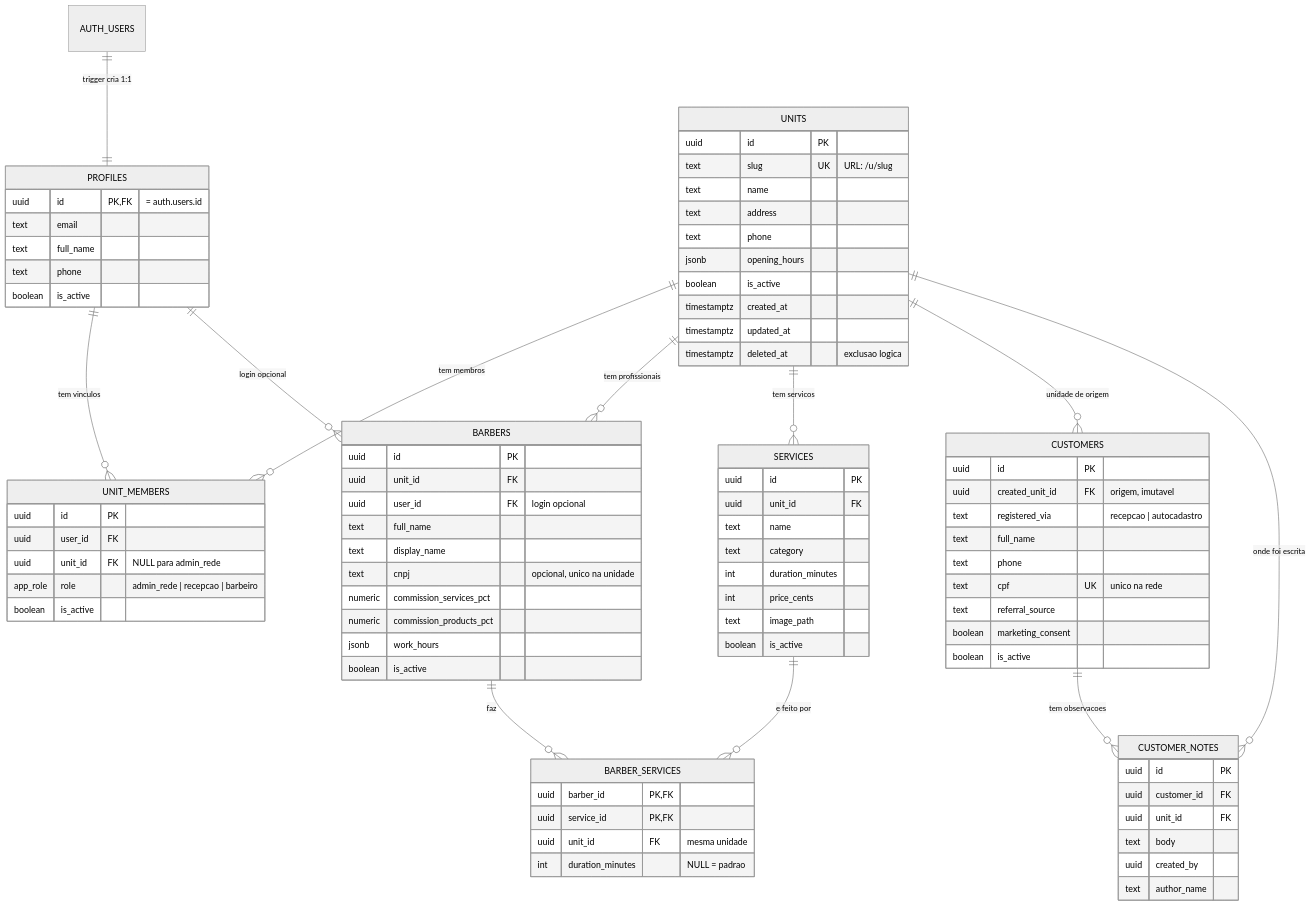
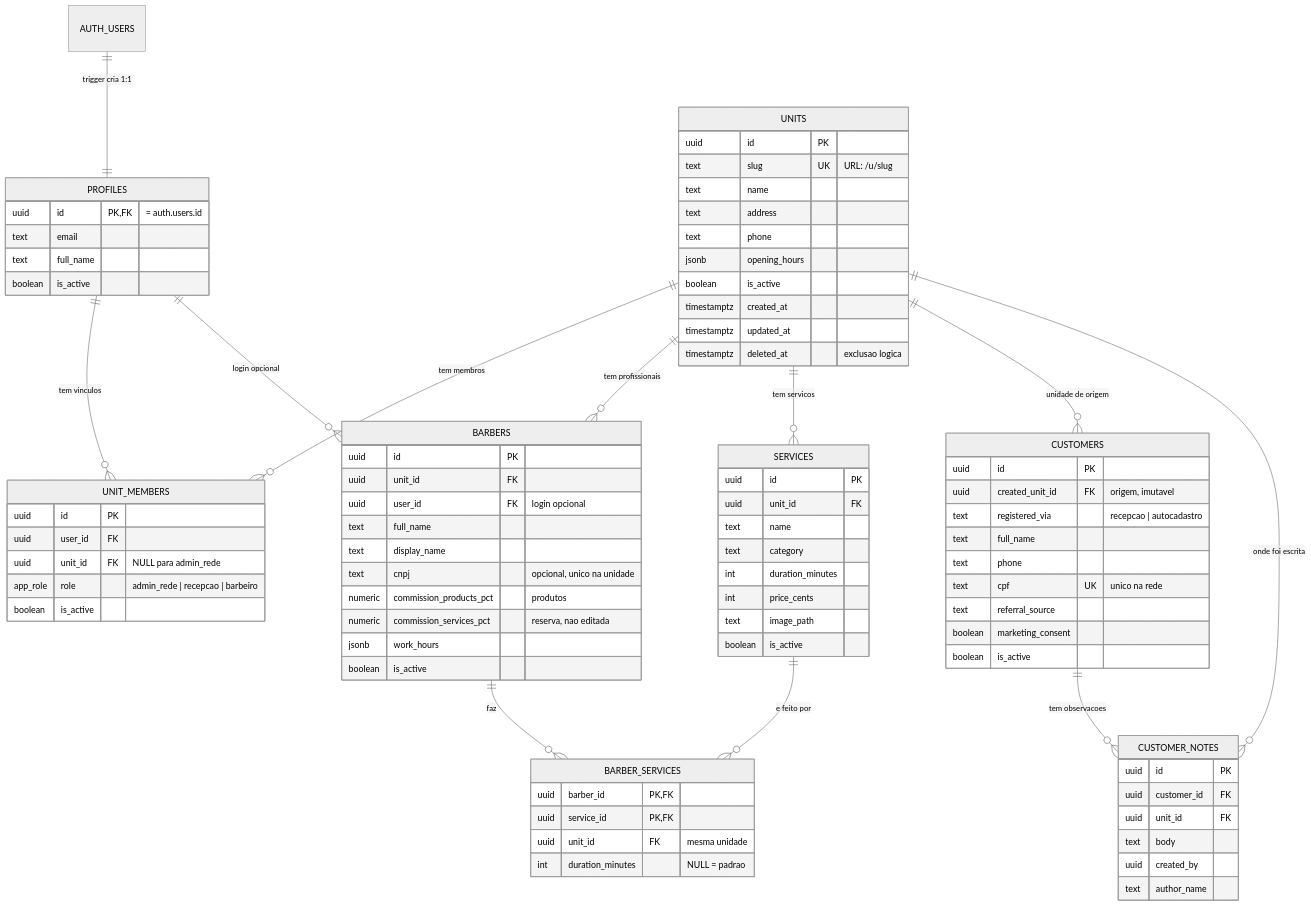
The diagram in docs/modelo-de-dados.md (jrpereira0/donguillermo), drawn with Mermaid (neutral theme) before and after one commit. The commit also changed other lines of this file and 79 other files, not shown here.

```diff
--- a/docs/modelo-de-dados.md
+++ b/docs/modelo-de-dados.md
@@ -32,7 +32,6 @@
     uuid id PK,FK "= auth.users.id"
     text email
     text full_name
-    text phone
     boolean is_active
   }
   UNIT_MEMBERS {
@@ -49,8 +48,8 @@
     text full_name
     text display_name
     text cnpj "opcional, unico na unidade"
-    numeric commission_services_pct
-    numeric commission_products_pct
+    numeric commission_products_pct "produtos"
+    numeric commission_services_pct "reserva, nao editada"
     jsonb work_hours
     boolean is_active
   }
```
